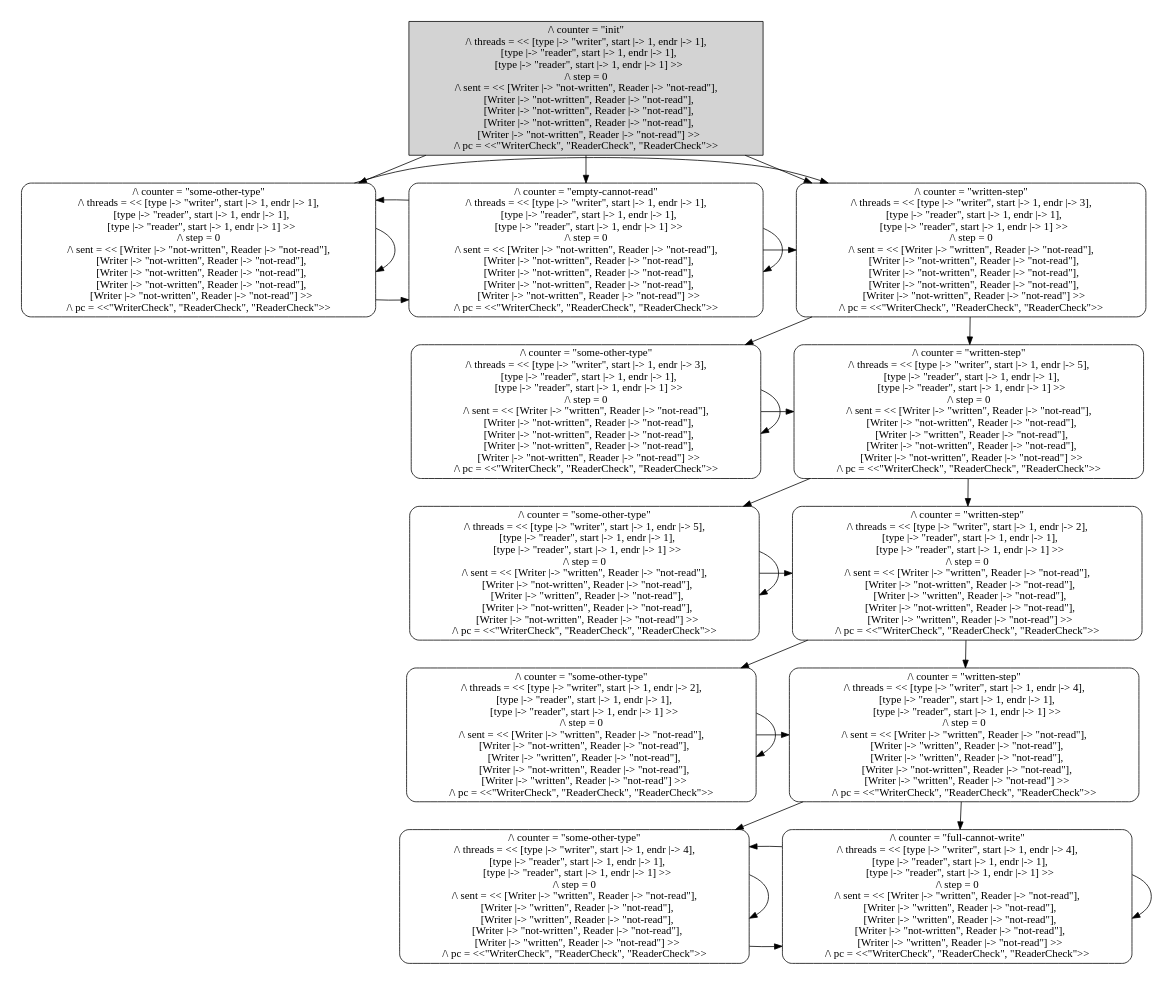
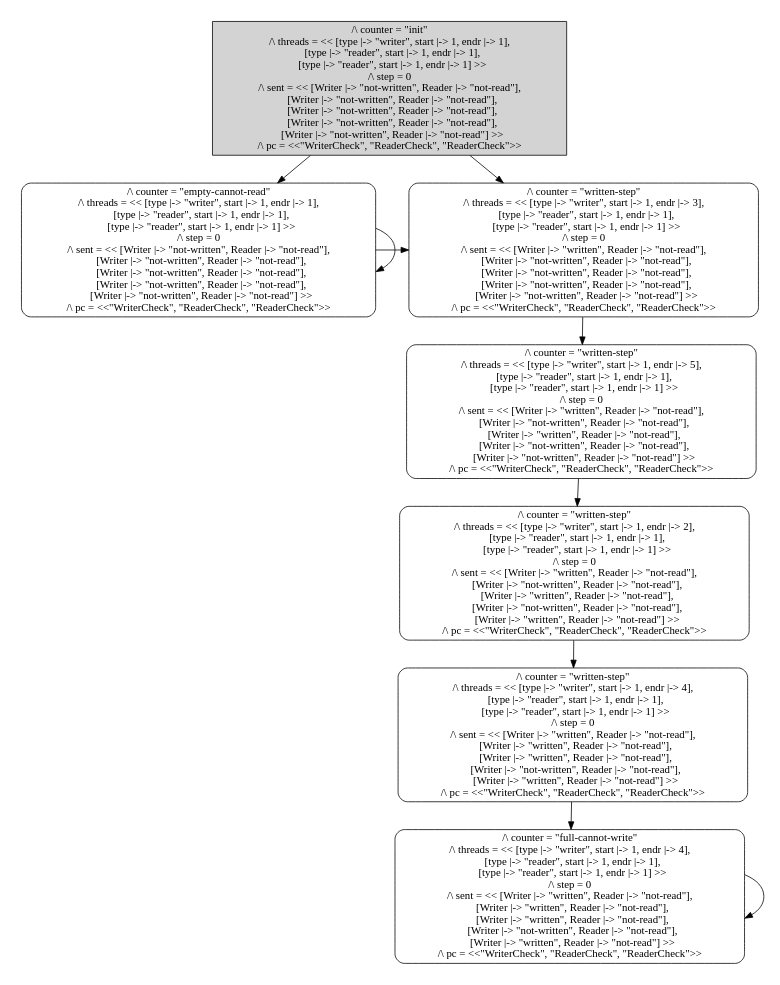
Before and after one commit to samsquire/assembly: the diagram in ringbuffer-tla/spec.dot, drawn with Graphviz. The commit also changed 135 other files, not shown here.

```diff
--- a/ringbuffer-tla/spec.dot
+++ b/ringbuffer-tla/spec.dot
@@ -3,77 +3,45 @@
 nodesep=0.35;
 subgraph cluster_graph {
 color="white";
--6051863665710841670 [label="/\\ counter = \"init\"\n/\\ threads = << [type |-> \"writer\", start |-> 1, endr |-> 1],\n   [type |-> \"reader\", start |-> 1, endr |-> 1],\n   [type |-> \"reader\", start |-> 1, endr |-> 1] >>\n/\\ step = 0\n/\\ sent = << [Writer |-> \"not-written\", Reader |-> \"not-read\"],\n   [Writer |-> \"not-written\", Reader |-> \"not-read\"],\n   [Writer |-> \"not-written\", Reader |-> \"not-read\"],\n   [Writer |-> \"not-written\", Reader |-> \"not-read\"],\n   [Writer |-> \"not-written\", Reader |-> \"not-read\"] >>\n/\\ pc = <<\"WriterCheck\", \"ReaderCheck\", \"ReaderCheck\">>",style = filled]
--6051863665710841670 -> -7301710579168545868 [label="",color="black",fontcolor="black"];
--7301710579168545868 [label="/\\ counter = \"some-other-type\"\n/\\ threads = << [type |-> \"writer\", start |-> 1, endr |-> 1],\n   [type |-> \"reader\", start |-> 1, endr |-> 1],\n   [type |-> \"reader\", start |-> 1, endr |-> 1] >>\n/\\ step = 0\n/\\ sent = << [Writer |-> \"not-written\", Reader |-> \"not-read\"],\n   [Writer |-> \"not-written\", Reader |-> \"not-read\"],\n   [Writer |-> \"not-written\", Reader |-> \"not-read\"],\n   [Writer |-> \"not-written\", Reader |-> \"not-read\"],\n   [Writer |-> \"not-written\", Reader |-> \"not-read\"] >>\n/\\ pc = <<\"WriterCheck\", \"ReaderCheck\", \"ReaderCheck\">>"];
--6051863665710841670 -> -3811290044787897827 [label="",color="black",fontcolor="black"];
--3811290044787897827 [label="/\\ counter = \"written-step\"\n/\\ threads = << [type |-> \"writer\", start |-> 1, endr |-> 3],\n   [type |-> \"reader\", start |-> 1, endr |-> 1],\n   [type |-> \"reader\", start |-> 1, endr |-> 1] >>\n/\\ step = 0\n/\\ sent = << [Writer |-> \"written\", Reader |-> \"not-read\"],\n   [Writer |-> \"not-written\", Reader |-> \"not-read\"],\n   [Writer |-> \"not-written\", Reader |-> \"not-read\"],\n   [Writer |-> \"not-written\", Reader |-> \"not-read\"],\n   [Writer |-> \"not-written\", Reader |-> \"not-read\"] >>\n/\\ pc = <<\"WriterCheck\", \"ReaderCheck\", \"ReaderCheck\">>"];
--6051863665710841670 -> -8696813682197944328 [label="",color="black",fontcolor="black"];
--8696813682197944328 [label="/\\ counter = \"empty-cannot-read\"\n/\\ threads = << [type |-> \"writer\", start |-> 1, endr |-> 1],\n   [type |-> \"reader\", start |-> 1, endr |-> 1],\n   [type |-> \"reader\", start |-> 1, endr |-> 1] >>\n/\\ step = 0\n/\\ sent = << [Writer |-> \"not-written\", Reader |-> \"not-read\"],\n   [Writer |-> \"not-written\", Reader |-> \"not-read\"],\n   [Writer |-> \"not-written\", Reader |-> \"not-read\"],\n   [Writer |-> \"not-written\", Reader |-> \"not-read\"],\n   [Writer |-> \"not-written\", Reader |-> \"not-read\"] >>\n/\\ pc = <<\"WriterCheck\", \"ReaderCheck\", \"ReaderCheck\">>"];
--6051863665710841670 -> -3811290044787897827 [label="",color="black",fontcolor="black"];
--6051863665710841670 -> -8696813682197944328 [label="",color="black",fontcolor="black"];
--6051863665710841670 -> -3811290044787897827 [label="",color="black",fontcolor="black"];
--7301710579168545868 -> -7301710579168545868 [label="",color="black",fontcolor="black"];
--7301710579168545868 -> -3811290044787897827 [label="",color="black",fontcolor="black"];
--7301710579168545868 -> -8696813682197944328 [label="",color="black",fontcolor="black"];
--7301710579168545868 -> -3811290044787897827 [label="",color="black",fontcolor="black"];
--7301710579168545868 -> -8696813682197944328 [label="",color="black",fontcolor="black"];
--7301710579168545868 -> -3811290044787897827 [label="",color="black",fontcolor="black"];
--3811290044787897827 -> 8738069913012881732 [label="",color="black",fontcolor="black"];
-8738069913012881732 [label="/\\ counter = \"some-other-type\"\n/\\ threads = << [type |-> \"writer\", start |-> 1, endr |-> 3],\n   [type |-> \"reader\", start |-> 1, endr |-> 1],\n   [type |-> \"reader\", start |-> 1, endr |-> 1] >>\n/\\ step = 0\n/\\ sent = << [Writer |-> \"written\", Reader |-> \"not-read\"],\n   [Writer |-> \"not-written\", Reader |-> \"not-read\"],\n   [Writer |-> \"not-written\", Reader |-> \"not-read\"],\n   [Writer |-> \"not-written\", Reader |-> \"not-read\"],\n   [Writer |-> \"not-written\", Reader |-> \"not-read\"] >>\n/\\ pc = <<\"WriterCheck\", \"ReaderCheck\", \"ReaderCheck\">>"];
--3811290044787897827 -> 4515342442379867883 [label="",color="black",fontcolor="black"];
-4515342442379867883 [label="/\\ counter = \"written-step\"\n/\\ threads = << [type |-> \"writer\", start |-> 1, endr |-> 5],\n   [type |-> \"reader\", start |-> 1, endr |-> 1],\n   [type |-> \"reader\", start |-> 1, endr |-> 1] >>\n/\\ step = 0\n/\\ sent = << [Writer |-> \"written\", Reader |-> \"not-read\"],\n   [Writer |-> \"not-written\", Reader |-> \"not-read\"],\n   [Writer |-> \"written\", Reader |-> \"not-read\"],\n   [Writer |-> \"not-written\", Reader |-> \"not-read\"],\n   [Writer |-> \"not-written\", Reader |-> \"not-read\"] >>\n/\\ pc = <<\"WriterCheck\", \"ReaderCheck\", \"ReaderCheck\">>"];
--3811290044787897827 -> 4515342442379867883 [label="",color="black",fontcolor="black"];
--3811290044787897827 -> 4515342442379867883 [label="",color="black",fontcolor="black"];
--8696813682197944328 -> -7301710579168545868 [label="",color="black",fontcolor="black"];
--8696813682197944328 -> -3811290044787897827 [label="",color="black",fontcolor="black"];
--8696813682197944328 -> -8696813682197944328 [label="",color="black",fontcolor="black"];
--8696813682197944328 -> -3811290044787897827 [label="",color="black",fontcolor="black"];
--8696813682197944328 -> -8696813682197944328 [label="",color="black",fontcolor="black"];
--8696813682197944328 -> -3811290044787897827 [label="",color="black",fontcolor="black"];
-8738069913012881732 -> 8738069913012881732 [label="",color="black",fontcolor="black"];
-8738069913012881732 -> 4515342442379867883 [label="",color="black",fontcolor="black"];
-8738069913012881732 -> 4515342442379867883 [label="",color="black",fontcolor="black"];
-8738069913012881732 -> 4515342442379867883 [label="",color="black",fontcolor="black"];
-4515342442379867883 -> -5485904536235013221 [label="",color="black",fontcolor="black"];
--5485904536235013221 [label="/\\ counter = \"some-other-type\"\n/\\ threads = << [type |-> \"writer\", start |-> 1, endr |-> 5],\n   [type |-> \"reader\", start |-> 1, endr |-> 1],\n   [type |-> \"reader\", start |-> 1, endr |-> 1] >>\n/\\ step = 0\n/\\ sent = << [Writer |-> \"written\", Reader |-> \"not-read\"],\n   [Writer |-> \"not-written\", Reader |-> \"not-read\"],\n   [Writer |-> \"written\", Reader |-> \"not-read\"],\n   [Writer |-> \"not-written\", Reader |-> \"not-read\"],\n   [Writer |-> \"not-written\", Reader |-> \"not-read\"] >>\n/\\ pc = <<\"WriterCheck\", \"ReaderCheck\", \"ReaderCheck\">>"];
-4515342442379867883 -> -7585305283460969439 [label="",color="black",fontcolor="black"];
--7585305283460969439 [label="/\\ counter = \"written-step\"\n/\\ threads = << [type |-> \"writer\", start |-> 1, endr |-> 2],\n   [type |-> \"reader\", start |-> 1, endr |-> 1],\n   [type |-> \"reader\", start |-> 1, endr |-> 1] >>\n/\\ step = 0\n/\\ sent = << [Writer |-> \"written\", Reader |-> \"not-read\"],\n   [Writer |-> \"not-written\", Reader |-> \"not-read\"],\n   [Writer |-> \"written\", Reader |-> \"not-read\"],\n   [Writer |-> \"not-written\", Reader |-> \"not-read\"],\n   [Writer |-> \"written\", Reader |-> \"not-read\"] >>\n/\\ pc = <<\"WriterCheck\", \"ReaderCheck\", \"ReaderCheck\">>"];
-4515342442379867883 -> -7585305283460969439 [label="",color="black",fontcolor="black"];
-4515342442379867883 -> -7585305283460969439 [label="",color="black",fontcolor="black"];
--5485904536235013221 -> -5485904536235013221 [label="",color="black",fontcolor="black"];
--5485904536235013221 -> -7585305283460969439 [label="",color="black",fontcolor="black"];
--5485904536235013221 -> -7585305283460969439 [label="",color="black",fontcolor="black"];
--5485904536235013221 -> -7585305283460969439 [label="",color="black",fontcolor="black"];
--7585305283460969439 -> -7798450948328355687 [label="",color="black",fontcolor="black"];
--7798450948328355687 [label="/\\ counter = \"some-other-type\"\n/\\ threads = << [type |-> \"writer\", start |-> 1, endr |-> 2],\n   [type |-> \"reader\", start |-> 1, endr |-> 1],\n   [type |-> \"reader\", start |-> 1, endr |-> 1] >>\n/\\ step = 0\n/\\ sent = << [Writer |-> \"written\", Reader |-> \"not-read\"],\n   [Writer |-> \"not-written\", Reader |-> \"not-read\"],\n   [Writer |-> \"written\", Reader |-> \"not-read\"],\n   [Writer |-> \"not-written\", Reader |-> \"not-read\"],\n   [Writer |-> \"written\", Reader |-> \"not-read\"] >>\n/\\ pc = <<\"WriterCheck\", \"ReaderCheck\", \"ReaderCheck\">>"];
--7585305283460969439 -> 7348867688765914453 [label="",color="black",fontcolor="black"];
-7348867688765914453 [label="/\\ counter = \"written-step\"\n/\\ threads = << [type |-> \"writer\", start |-> 1, endr |-> 4],\n   [type |-> \"reader\", start |-> 1, endr |-> 1],\n   [type |-> \"reader\", start |-> 1, endr |-> 1] >>\n/\\ step = 0\n/\\ sent = << [Writer |-> \"written\", Reader |-> \"not-read\"],\n   [Writer |-> \"written\", Reader |-> \"not-read\"],\n   [Writer |-> \"written\", Reader |-> \"not-read\"],\n   [Writer |-> \"not-written\", Reader |-> \"not-read\"],\n   [Writer |-> \"written\", Reader |-> \"not-read\"] >>\n/\\ pc = <<\"WriterCheck\", \"ReaderCheck\", \"ReaderCheck\">>"];
--7585305283460969439 -> 7348867688765914453 [label="",color="black",fontcolor="black"];
--7585305283460969439 -> 7348867688765914453 [label="",color="black",fontcolor="black"];
--7798450948328355687 -> -7798450948328355687 [label="",color="black",fontcolor="black"];
--7798450948328355687 -> 7348867688765914453 [label="",color="black",fontcolor="black"];
--7798450948328355687 -> 7348867688765914453 [label="",color="black",fontcolor="black"];
--7798450948328355687 -> 7348867688765914453 [label="",color="black",fontcolor="black"];
-7348867688765914453 -> 171811459985555876 [label="",color="black",fontcolor="black"];
-171811459985555876 [label="/\\ counter = \"some-other-type\"\n/\\ threads = << [type |-> \"writer\", start |-> 1, endr |-> 4],\n   [type |-> \"reader\", start |-> 1, endr |-> 1],\n   [type |-> \"reader\", start |-> 1, endr |-> 1] >>\n/\\ step = 0\n/\\ sent = << [Writer |-> \"written\", Reader |-> \"not-read\"],\n   [Writer |-> \"written\", Reader |-> \"not-read\"],\n   [Writer |-> \"written\", Reader |-> \"not-read\"],\n   [Writer |-> \"not-written\", Reader |-> \"not-read\"],\n   [Writer |-> \"written\", Reader |-> \"not-read\"] >>\n/\\ pc = <<\"WriterCheck\", \"ReaderCheck\", \"ReaderCheck\">>"];
-7348867688765914453 -> -8576310138225346065 [label="",color="black",fontcolor="black"];
--8576310138225346065 [label="/\\ counter = \"full-cannot-write\"\n/\\ threads = << [type |-> \"writer\", start |-> 1, endr |-> 4],\n   [type |-> \"reader\", start |-> 1, endr |-> 1],\n   [type |-> \"reader\", start |-> 1, endr |-> 1] >>\n/\\ step = 0\n/\\ sent = << [Writer |-> \"written\", Reader |-> \"not-read\"],\n   [Writer |-> \"written\", Reader |-> \"not-read\"],\n   [Writer |-> \"written\", Reader |-> \"not-read\"],\n   [Writer |-> \"not-written\", Reader |-> \"not-read\"],\n   [Writer |-> \"written\", Reader |-> \"not-read\"] >>\n/\\ pc = <<\"WriterCheck\", \"ReaderCheck\", \"ReaderCheck\">>"];
-7348867688765914453 -> -8576310138225346065 [label="",color="black",fontcolor="black"];
-7348867688765914453 -> -8576310138225346065 [label="",color="black",fontcolor="black"];
-171811459985555876 -> 171811459985555876 [label="",color="black",fontcolor="black"];
-171811459985555876 -> -8576310138225346065 [label="",color="black",fontcolor="black"];
-171811459985555876 -> -8576310138225346065 [label="",color="black",fontcolor="black"];
-171811459985555876 -> -8576310138225346065 [label="",color="black",fontcolor="black"];
--8576310138225346065 -> 171811459985555876 [label="",color="black",fontcolor="black"];
--8576310138225346065 -> -8576310138225346065 [label="",color="black",fontcolor="black"];
--8576310138225346065 -> -8576310138225346065 [label="",color="black",fontcolor="black"];
--8576310138225346065 -> -8576310138225346065 [label="",color="black",fontcolor="black"];
-{rank = same; -6051863665710841670;}
-{rank = same; -7301710579168545868;-8696813682197944328;-3811290044787897827;}
-{rank = same; 8738069913012881732;4515342442379867883;}
-{rank = same; -5485904536235013221;-7585305283460969439;}
-{rank = same; -7798450948328355687;7348867688765914453;}
-{rank = same; -8576310138225346065;171811459985555876;}
+796125104749373455 [label="/\\ counter = \"init\"\n/\\ threads = << [type |-> \"writer\", start |-> 1, endr |-> 1],\n   [type |-> \"reader\", start |-> 1, endr |-> 1],\n   [type |-> \"reader\", start |-> 1, endr |-> 1] >>\n/\\ step = 0\n/\\ sent = << [Writer |-> \"not-written\", Reader |-> \"not-read\"],\n   [Writer |-> \"not-written\", Reader |-> \"not-read\"],\n   [Writer |-> \"not-written\", Reader |-> \"not-read\"],\n   [Writer |-> \"not-written\", Reader |-> \"not-read\"],\n   [Writer |-> \"not-written\", Reader |-> \"not-read\"] >>\n/\\ pc = <<\"WriterCheck\", \"ReaderCheck\", \"ReaderCheck\">>",style = filled]
+796125104749373455 -> 5495603851881741284 [label="",color="black",fontcolor="black"];
+5495603851881741284 [label="/\\ counter = \"empty-cannot-read\"\n/\\ threads = << [type |-> \"writer\", start |-> 1, endr |-> 1],\n   [type |-> \"reader\", start |-> 1, endr |-> 1],\n   [type |-> \"reader\", start |-> 1, endr |-> 1] >>\n/\\ step = 0\n/\\ sent = << [Writer |-> \"not-written\", Reader |-> \"not-read\"],\n   [Writer |-> \"not-written\", Reader |-> \"not-read\"],\n   [Writer |-> \"not-written\", Reader |-> \"not-read\"],\n   [Writer |-> \"not-written\", Reader |-> \"not-read\"],\n   [Writer |-> \"not-written\", Reader |-> \"not-read\"] >>\n/\\ pc = <<\"WriterCheck\", \"ReaderCheck\", \"ReaderCheck\">>"];
+796125104749373455 -> -5273338895198470233 [label="",color="black",fontcolor="black"];
+-5273338895198470233 [label="/\\ counter = \"written-step\"\n/\\ threads = << [type |-> \"writer\", start |-> 1, endr |-> 3],\n   [type |-> \"reader\", start |-> 1, endr |-> 1],\n   [type |-> \"reader\", start |-> 1, endr |-> 1] >>\n/\\ step = 0\n/\\ sent = << [Writer |-> \"written\", Reader |-> \"not-read\"],\n   [Writer |-> \"not-written\", Reader |-> \"not-read\"],\n   [Writer |-> \"not-written\", Reader |-> \"not-read\"],\n   [Writer |-> \"not-written\", Reader |-> \"not-read\"],\n   [Writer |-> \"not-written\", Reader |-> \"not-read\"] >>\n/\\ pc = <<\"WriterCheck\", \"ReaderCheck\", \"ReaderCheck\">>"];
+796125104749373455 -> 5495603851881741284 [label="",color="black",fontcolor="black"];
+796125104749373455 -> -5273338895198470233 [label="",color="black",fontcolor="black"];
+796125104749373455 -> 5495603851881741284 [label="",color="black",fontcolor="black"];
+796125104749373455 -> -5273338895198470233 [label="",color="black",fontcolor="black"];
+5495603851881741284 -> 5495603851881741284 [label="",color="black",fontcolor="black"];
+5495603851881741284 -> -5273338895198470233 [label="",color="black",fontcolor="black"];
+5495603851881741284 -> 5495603851881741284 [label="",color="black",fontcolor="black"];
+5495603851881741284 -> -5273338895198470233 [label="",color="black",fontcolor="black"];
+5495603851881741284 -> 5495603851881741284 [label="",color="black",fontcolor="black"];
+5495603851881741284 -> -5273338895198470233 [label="",color="black",fontcolor="black"];
+-5273338895198470233 -> -3289336363949783026 [label="",color="black",fontcolor="black"];
+-3289336363949783026 [label="/\\ counter = \"written-step\"\n/\\ threads = << [type |-> \"writer\", start |-> 1, endr |-> 5],\n   [type |-> \"reader\", start |-> 1, endr |-> 1],\n   [type |-> \"reader\", start |-> 1, endr |-> 1] >>\n/\\ step = 0\n/\\ sent = << [Writer |-> \"written\", Reader |-> \"not-read\"],\n   [Writer |-> \"not-written\", Reader |-> \"not-read\"],\n   [Writer |-> \"written\", Reader |-> \"not-read\"],\n   [Writer |-> \"not-written\", Reader |-> \"not-read\"],\n   [Writer |-> \"not-written\", Reader |-> \"not-read\"] >>\n/\\ pc = <<\"WriterCheck\", \"ReaderCheck\", \"ReaderCheck\">>"];
+-5273338895198470233 -> -3289336363949783026 [label="",color="black",fontcolor="black"];
+-5273338895198470233 -> -3289336363949783026 [label="",color="black",fontcolor="black"];
+-3289336363949783026 -> 6901606990254846097 [label="",color="black",fontcolor="black"];
+6901606990254846097 [label="/\\ counter = \"written-step\"\n/\\ threads = << [type |-> \"writer\", start |-> 1, endr |-> 2],\n   [type |-> \"reader\", start |-> 1, endr |-> 1],\n   [type |-> \"reader\", start |-> 1, endr |-> 1] >>\n/\\ step = 0\n/\\ sent = << [Writer |-> \"written\", Reader |-> \"not-read\"],\n   [Writer |-> \"not-written\", Reader |-> \"not-read\"],\n   [Writer |-> \"written\", Reader |-> \"not-read\"],\n   [Writer |-> \"not-written\", Reader |-> \"not-read\"],\n   [Writer |-> \"written\", Reader |-> \"not-read\"] >>\n/\\ pc = <<\"WriterCheck\", \"ReaderCheck\", \"ReaderCheck\">>"];
+-3289336363949783026 -> 6901606990254846097 [label="",color="black",fontcolor="black"];
+-3289336363949783026 -> 6901606990254846097 [label="",color="black",fontcolor="black"];
+6901606990254846097 -> 5183795466226685586 [label="",color="black",fontcolor="black"];
+5183795466226685586 [label="/\\ counter = \"written-step\"\n/\\ threads = << [type |-> \"writer\", start |-> 1, endr |-> 4],\n   [type |-> \"reader\", start |-> 1, endr |-> 1],\n   [type |-> \"reader\", start |-> 1, endr |-> 1] >>\n/\\ step = 0\n/\\ sent = << [Writer |-> \"written\", Reader |-> \"not-read\"],\n   [Writer |-> \"written\", Reader |-> \"not-read\"],\n   [Writer |-> \"written\", Reader |-> \"not-read\"],\n   [Writer |-> \"not-written\", Reader |-> \"not-read\"],\n   [Writer |-> \"written\", Reader |-> \"not-read\"] >>\n/\\ pc = <<\"WriterCheck\", \"ReaderCheck\", \"ReaderCheck\">>"];
+6901606990254846097 -> 5183795466226685586 [label="",color="black",fontcolor="black"];
+6901606990254846097 -> 5183795466226685586 [label="",color="black",fontcolor="black"];
+5183795466226685586 -> 2154838671217231711 [label="",color="black",fontcolor="black"];
+2154838671217231711 [label="/\\ counter = \"full-cannot-write\"\n/\\ threads = << [type |-> \"writer\", start |-> 1, endr |-> 4],\n   [type |-> \"reader\", start |-> 1, endr |-> 1],\n   [type |-> \"reader\", start |-> 1, endr |-> 1] >>\n/\\ step = 0\n/\\ sent = << [Writer |-> \"written\", Reader |-> \"not-read\"],\n   [Writer |-> \"written\", Reader |-> \"not-read\"],\n   [Writer |-> \"written\", Reader |-> \"not-read\"],\n   [Writer |-> \"not-written\", Reader |-> \"not-read\"],\n   [Writer |-> \"written\", Reader |-> \"not-read\"] >>\n/\\ pc = <<\"WriterCheck\", \"ReaderCheck\", \"ReaderCheck\">>"];
+5183795466226685586 -> 2154838671217231711 [label="",color="black",fontcolor="black"];
+5183795466226685586 -> 2154838671217231711 [label="",color="black",fontcolor="black"];
+2154838671217231711 -> 2154838671217231711 [label="",color="black",fontcolor="black"];
+2154838671217231711 -> 2154838671217231711 [label="",color="black",fontcolor="black"];
+2154838671217231711 -> 2154838671217231711 [label="",color="black",fontcolor="black"];
+{rank = same; 796125104749373455;}
+{rank = same; -5273338895198470233;5495603851881741284;}
+{rank = same; -3289336363949783026;}
+{rank = same; 6901606990254846097;}
+{rank = same; 5183795466226685586;}
+{rank = same; 2154838671217231711;}
 }
 }
```
